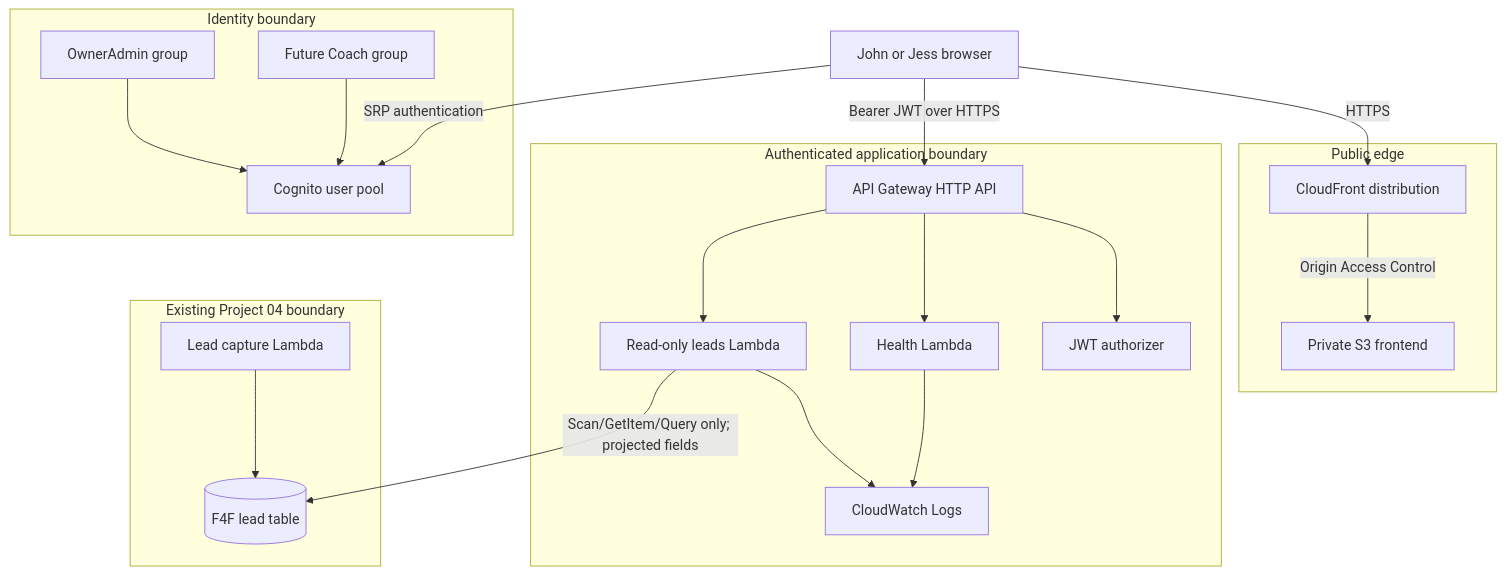
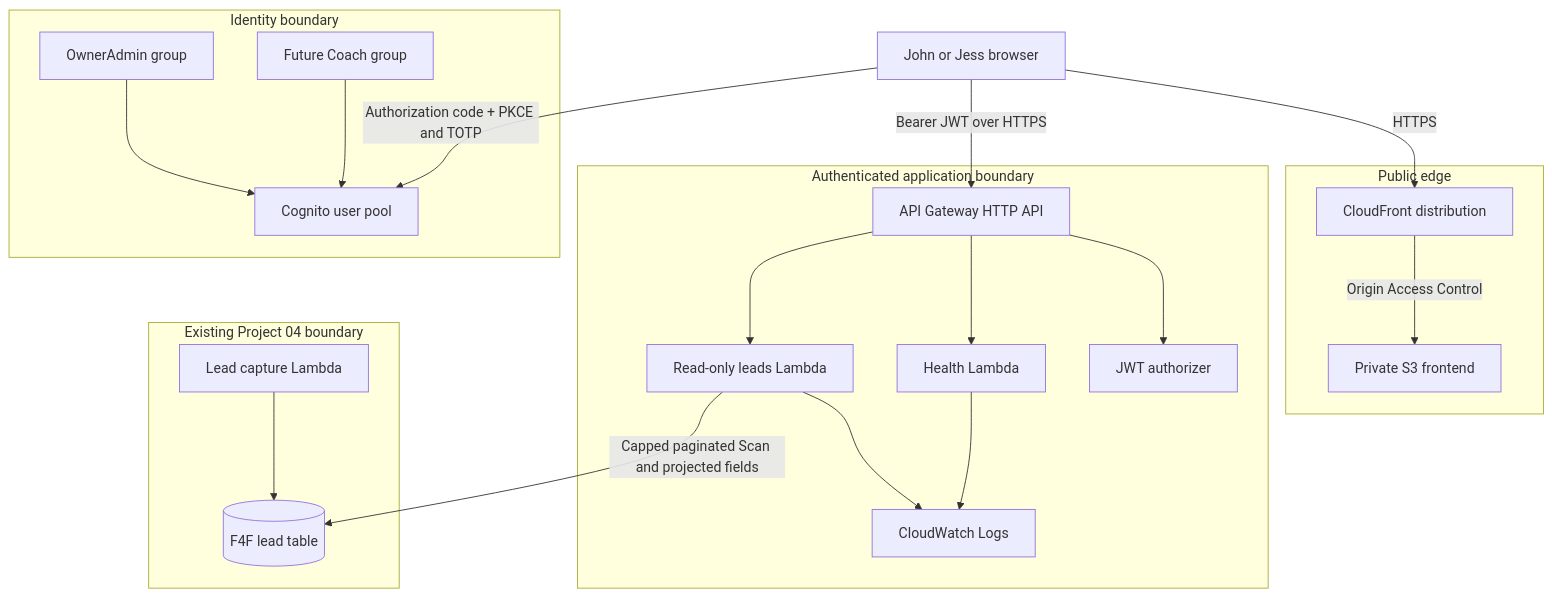
The diagram in docs/ARCHITECTURE.md (johnfentoncloud/project-06-f4f-operations-dashboard), drawn with Mermaid before and after one commit. The commit also changed other lines of this file and 29 other files, not shown here.

````diff
--- a/docs/ARCHITECTURE.md
+++ b/docs/ARCHITECTURE.md
@@ -5,40 +5,36 @@
 ```mermaid
 flowchart TB
     subgraph PublicEdge[Public edge]
       CF[CloudFront distribution]
       S3[Private S3 frontend]
       CF -->|Origin Access Control| S3
     end
-
     subgraph Identity[Identity boundary]
       Cognito[Cognito user pool]
       Owners[OwnerAdmin group]
       Coaches[Future Coach group]
       Owners --> Cognito
       Coaches --> Cognito
     end
-
     subgraph Application[Authenticated application boundary]
       API[API Gateway HTTP API]
       Auth[JWT authorizer]
       Health[Health Lambda]
       Leads[Read-only leads Lambda]
       Logs[CloudWatch Logs]
       API --> Auth
       API --> Health
       API --> Leads
       Health --> Logs
       Leads --> Logs
     end
-
     subgraph Existing[Existing Project 04 boundary]
       DDB[(F4F lead table)]
       Capture[Lead capture Lambda]
       Capture --> DDB
     end
-
     Browser[John or Jess browser] -->|HTTPS| CF
-    Browser -->|SRP authentication| Cognito
+    Browser -->|Authorization code + PKCE and TOTP| Cognito
     Browser -->|Bearer JWT over HTTPS| API
-    Leads -->|Scan/GetItem/Query only; projected fields| DDB
+    Leads -->|Capped paginated Scan and projected fields| DDB
 ```
````
